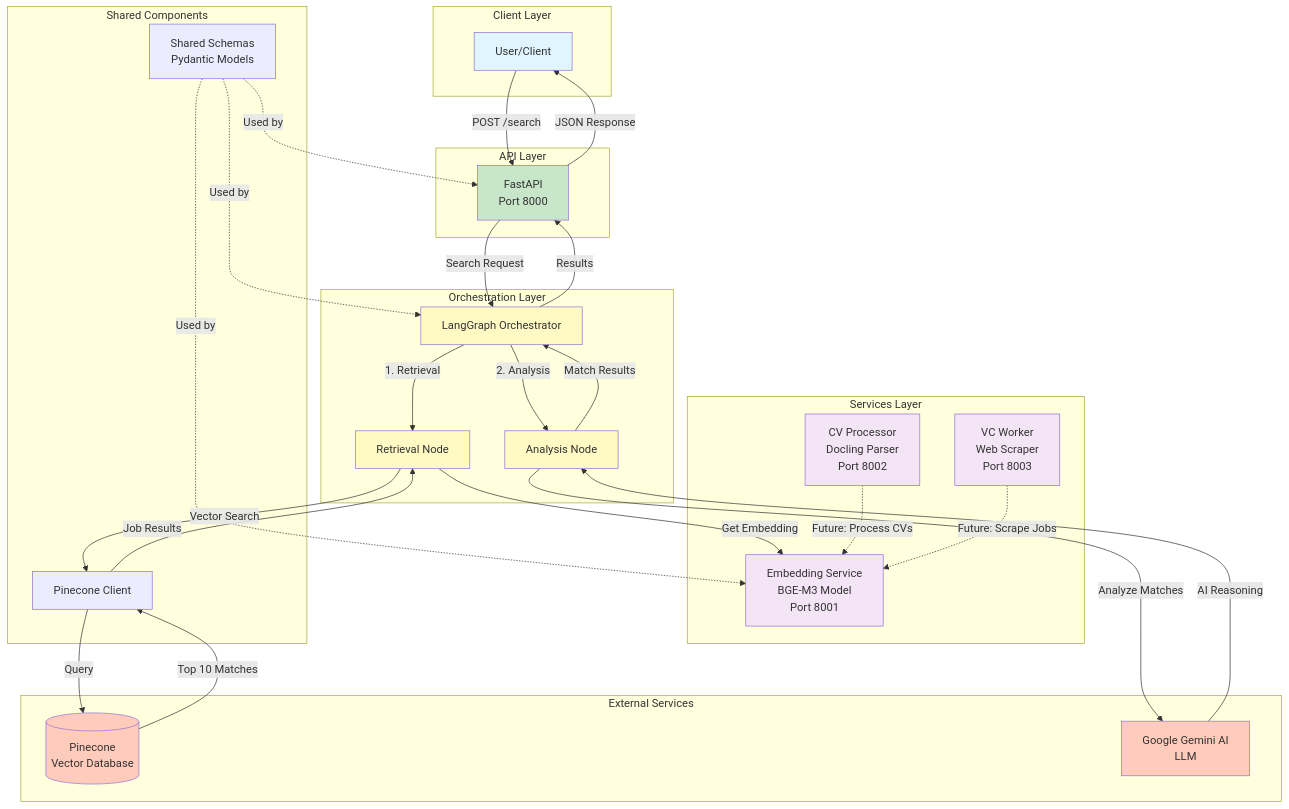
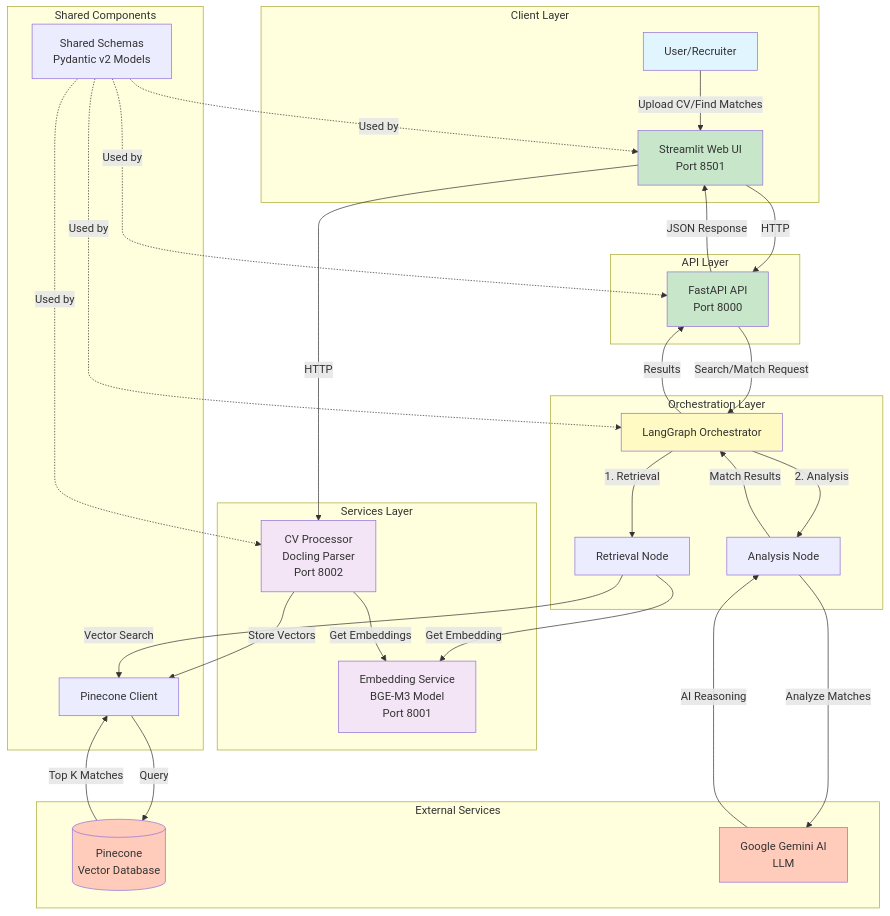
Before and after one commit to kkonst-bond-edu/funds-search: the diagram in README.md, drawn with Mermaid. The commit also changed other lines of this file and 6 other files, not shown here.

````diff
--- a/README.md
+++ b/README.md
@@ -18,68 +15,69 @@
 ```mermaid
 graph TB
     subgraph "Client Layer"
-        User[User/Client]
+        User[User/Recruiter]
+        WebUI[Streamlit Web UI<br/>Port 8501]
     end
     
     subgraph "API Layer"
-        API[FastAPI<br/>Port 8000]
+        API[FastAPI API<br/>Port 8000]
     end
     
     subgraph "Orchestration Layer"
         Orchestrator[LangGraph Orchestrator]
         RetrievalNode[Retrieval Node]
         AnalysisNode[Analysis Node]
     end
     
     subgraph "Services Layer"
         EmbeddingService[Embedding Service<br/>BGE-M3 Model<br/>Port 8001]
         CVProcessor[CV Processor<br/>Docling Parser<br/>Port 8002]
-        VCWorker[VC Worker<br/>Web Scraper<br/>Port 8003]
     end
     
     subgraph "External Services"
         Pinecone[(Pinecone<br/>Vector Database)]
         Gemini[Google Gemini AI<br/>LLM]
     end
     
     subgraph "Shared Components"
-        Schemas[Shared Schemas<br/>Pydantic Models]
+        Schemas[Shared Schemas<br/>Pydantic v2 Models]
         PineconeClient[Pinecone Client]
     end
     
-    User -->|POST /search| API
-    API -->|Search Request| Orchestrator
+    User -->|Upload CV/Find Matches| WebUI
+    WebUI -->|HTTP| API
+    WebUI -->|HTTP| CVProcessor
+    
+    API -->|Search/Match Request| Orchestrator
     
     Orchestrator -->|1. Retrieval| RetrievalNode
     RetrievalNode -->|Get Embedding| EmbeddingService
     RetrievalNode -->|Vector Search| PineconeClient
     PineconeClient -->|Query| Pinecone
-    Pinecone -->|Top 10 Matches| PineconeClient
-    PineconeClient -->|Job Results| RetrievalNode
+    Pinecone -->|Top K Matches| PineconeClient
     
     Orchestrator -->|2. Analysis| AnalysisNode
     AnalysisNode -->|Analyze Matches| Gemini
     Gemini -->|AI Reasoning| AnalysisNode
     
     AnalysisNode -->|Match Results| Orchestrator
     Orchestrator -->|Results| API
-    API -->|JSON Response| User
+    API -->|JSON Response| WebUI
     
-    CVProcessor -.->|Future: Process CVs| EmbeddingService
-    VCWorker -.->|Future: Scrape Jobs| EmbeddingService
+    CVProcessor -->|Get Embeddings| EmbeddingService
+    CVProcessor -->|Store Vectors| PineconeClient
     
     Schemas -.->|Used by| API
     Schemas -.->|Used by| Orchestrator
-    Schemas -.->|Used by| EmbeddingService
+    Schemas -.->|Used by| CVProcessor
+    Schemas -.->|Used by| WebUI
     
     style User fill:#e1f5ff
+    style WebUI fill:#c8e6c9
     style API fill:#c8e6c9
     style Orchestrator fill:#fff9c4
-    style RetrievalNode fill:#fff9c4
-    style AnalysisNode fill:#fff9c4
     style EmbeddingService fill:#f3e5f5
     style CVProcessor fill:#f3e5f5
-    style VCWorker fill:#f3e5f5
     style Pinecone fill:#ffccbc
     style Gemini fill:#ffccbc
 ```
````
